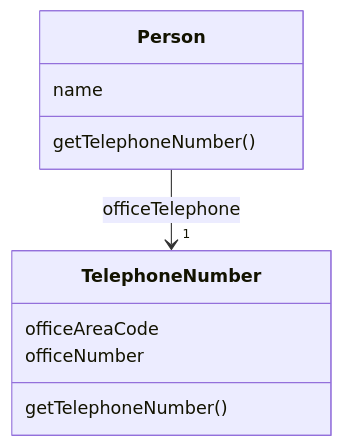
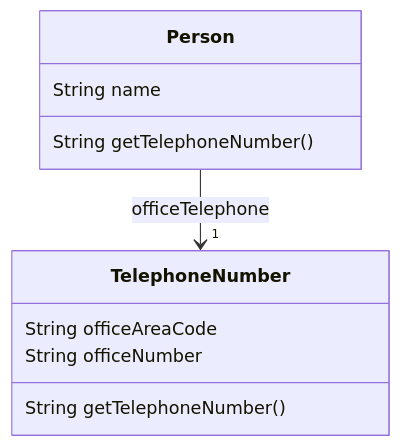
The second of 2 diagrams in src/main/java/refactoring/chapter07/section3/Extract Class.md (wuxiongbo/design_patterns), drawn with Mermaid before and after one commit. The commit also changed other lines of this file and 38 other files, not shown here.

````diff
--- a/src/main/java/refactoring/chapter07/section3/Extract Class.md
+++ b/src/main/java/refactoring/chapter07/section3/Extract Class.md
@@ -18,16 +18,16 @@
 ```mermaid
 classDiagram
     class Person {
-        name
-        getTelephoneNumber()
+        String name
+        String getTelephoneNumber()
     }
     
     class TelephoneNumber {
-        officeAreaCode
-        officeNumber
-        getTelephoneNumber()
+        String officeAreaCode
+        String officeNumber
+        String getTelephoneNumber()
     }
     
     Person -->"1" TelephoneNumber : officeTelephone
     
 ```
````
